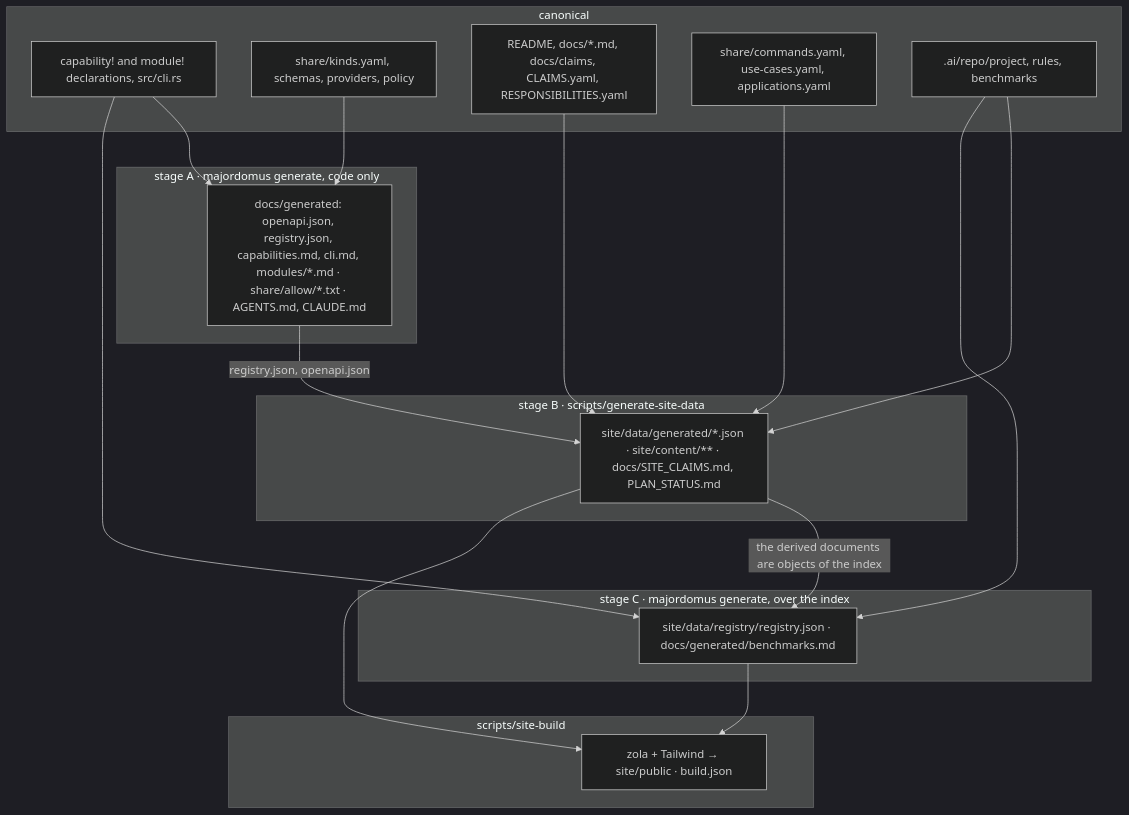
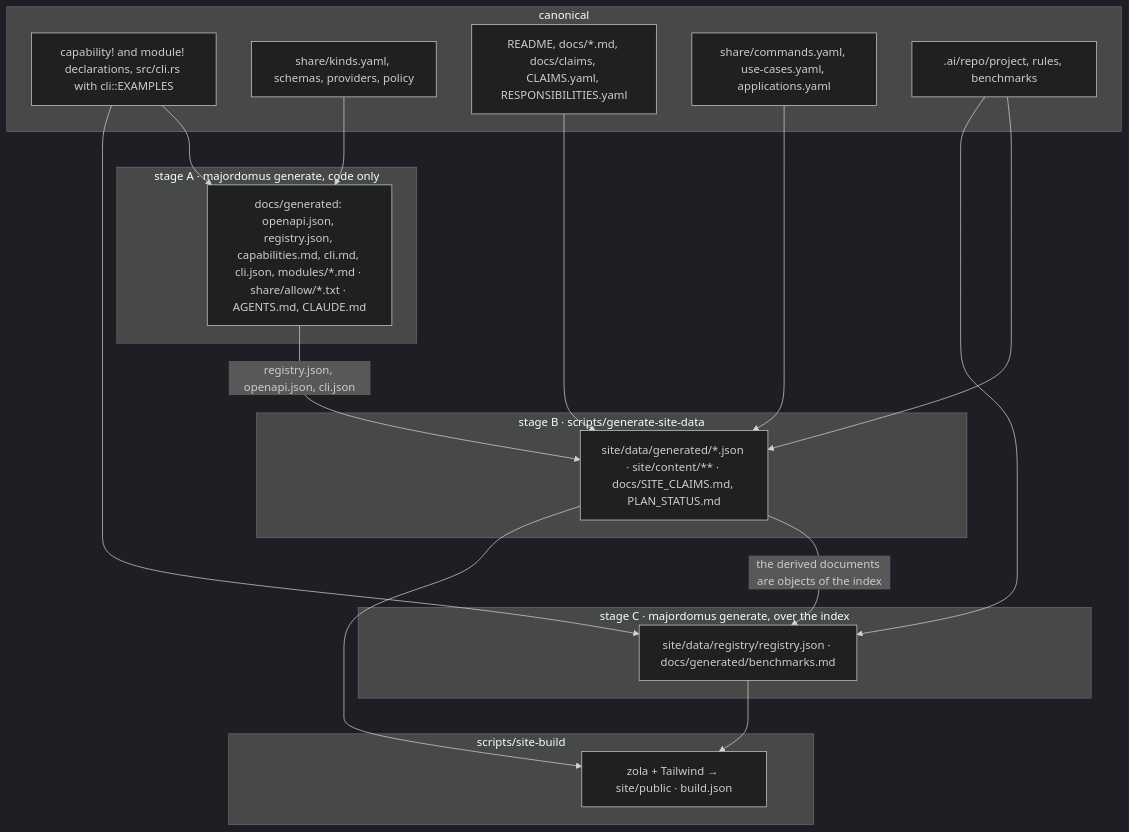
One commit to korczis/prismatic-majordomus changed the diagram in docs/GITHUB_PAGES_ARCHITECTURE.md. Above: the diagram before and after it, drawn with Mermaid (dark theme). The commit also changed other lines of this file and 5 other files, not shown here.

````diff
--- a/docs/GITHUB_PAGES_ARCHITECTURE.md
+++ b/docs/GITHUB_PAGES_ARCHITECTURE.md
@@ -48,33 +49,33 @@
 ```mermaid
 flowchart TB
     subgraph canonical
-        R[capability! and module! declarations, src/cli.rs]
+        R[capability! and module! declarations, src/cli.rs with cli::EXAMPLES]
         K[share/kinds.yaml, schemas, providers, policy]
         D[README, docs/*.md, docs/claims, CLAIMS.yaml, RESPONSIBILITIES.yaml]
         C[share/commands.yaml, use-cases.yaml, applications.yaml]
         P[.ai/repo/project, rules, benchmarks]
     end
     subgraph stageA[stage A · majordomus generate, code only]
-        GA[docs/generated: openapi.json, registry.json, capabilities.md, cli.md, modules/*.md · share/allow/*.txt · AGENTS.md, CLAUDE.md]
+        GA[docs/generated: openapi.json, registry.json, capabilities.md, cli.md, cli.json, modules/*.md · share/allow/*.txt · AGENTS.md, CLAUDE.md]
     end
     subgraph stageB[stage B · scripts/generate-site-data]
         GB[site/data/generated/*.json · site/content/** · docs/SITE_CLAIMS.md, PLAN_STATUS.md]
     end
     subgraph stageC[stage C · majordomus generate, over the index]
         GC[site/data/registry/registry.json · docs/generated/benchmarks.md]
     end
     subgraph build[scripts/site-build]
         Z[zola + Tailwind → site/public · build.json]
     end
     R --> GA
     K --> GA
     D --> GB
     C --> GB
     P --> GB
-    GA -->|registry.json, openapi.json| GB
+    GA -->|registry.json, openapi.json, cli.json| GB
     R --> GC
     P --> GC
     GB -->|the derived documents are objects of the index| GC
     GB --> Z
     GC --> Z
 ```
````
